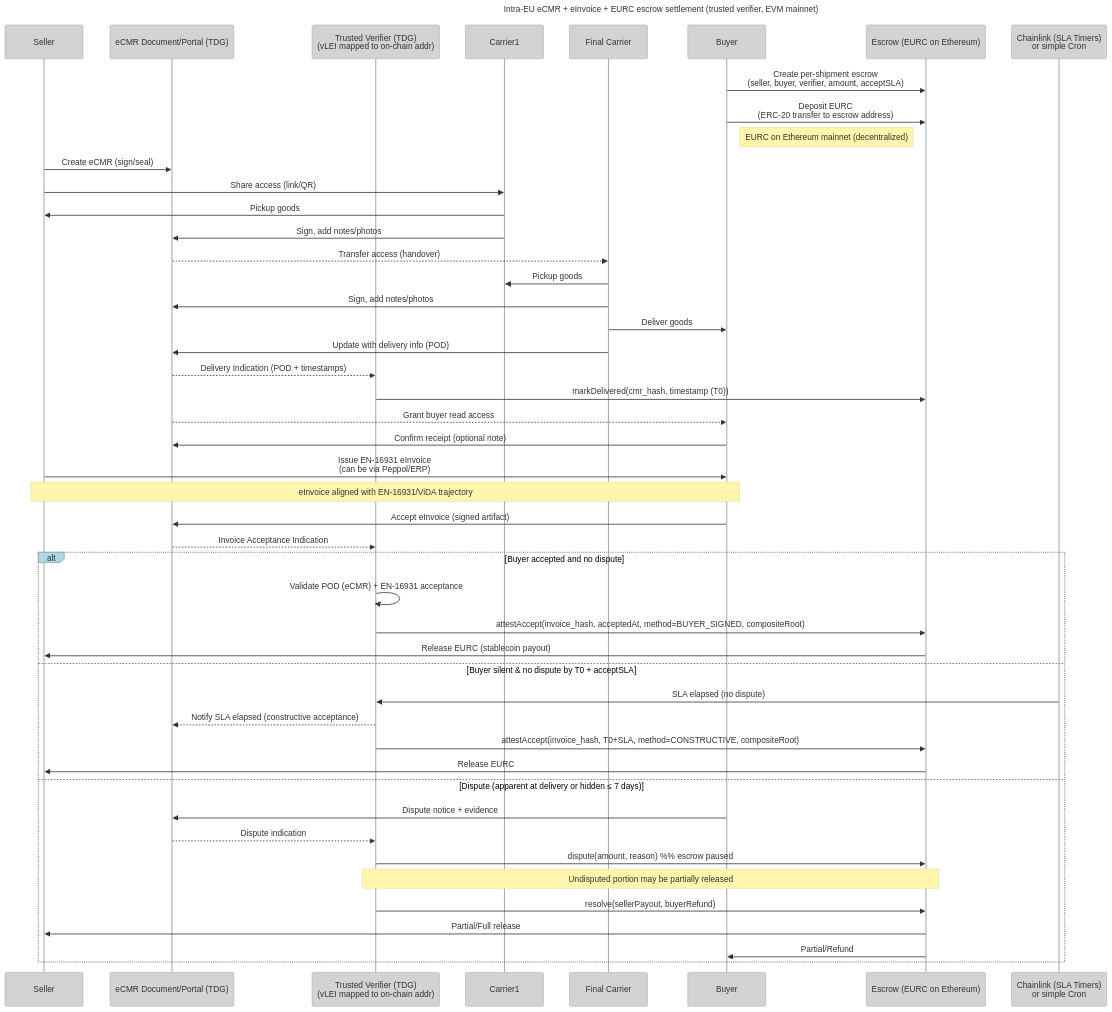
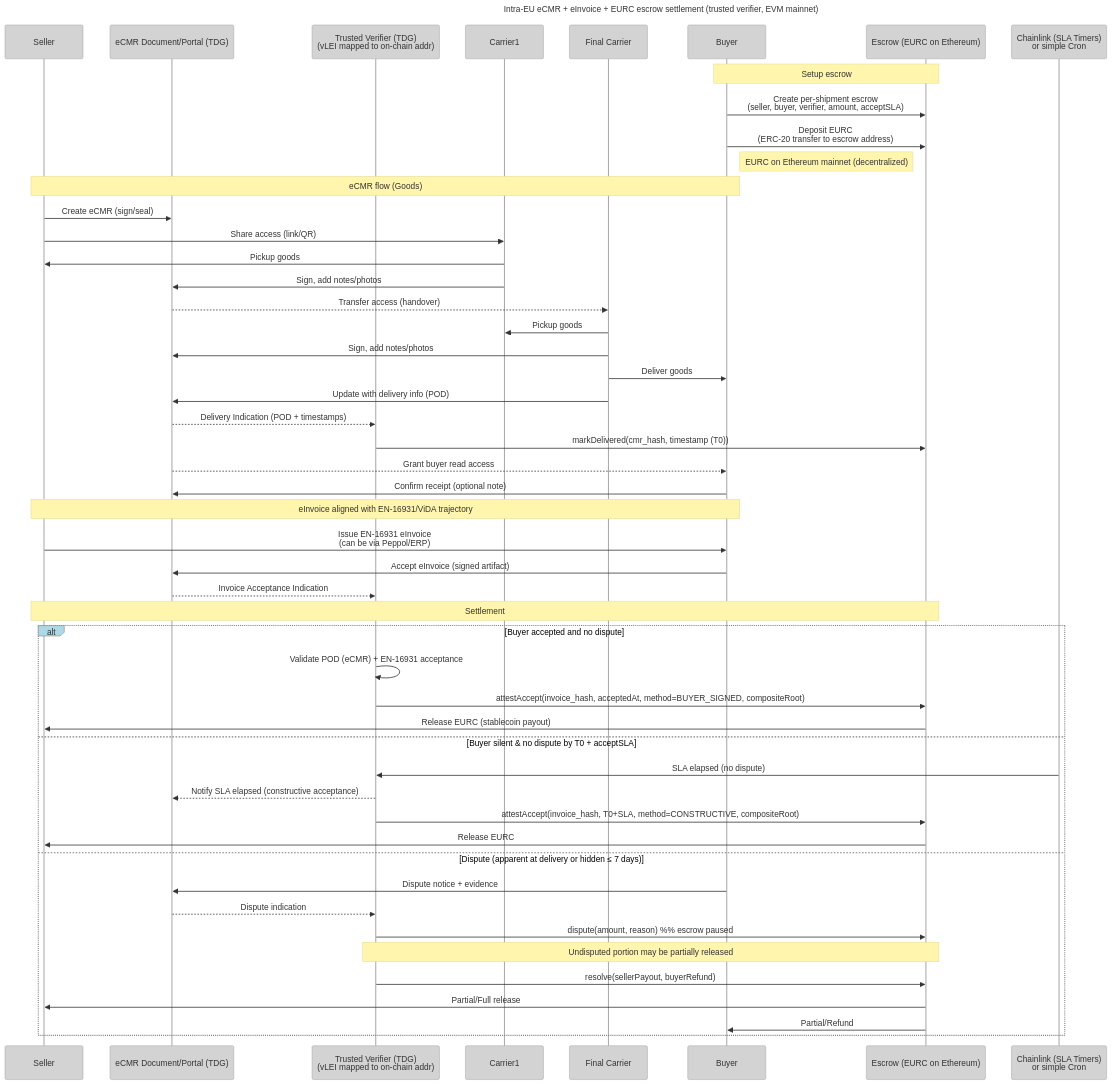
Before and after one commit to hadeanuk/tradeveris-usecases-iam: the diagram in Trade Flow Orchestration/eCMR + eInvoice + EURC escrow settlement.md, drawn with Mermaid.

Commit message:
Added extra notes

````diff
--- a/Trade Flow Orchestration/eCMR + eInvoice + EURC escrow settlement.md
+++ b/Trade Flow Orchestration/eCMR + eInvoice + EURC escrow settlement.md
@@ -1,77 +1,80 @@
 ```mermaid
 ---
 config:
   theme: base
   themeVariables:
     actorBkg: "lightgrey"
     actorBorder: "darkgrey"
     loopTextColor: "black"
     labelBoxBkgColor: "lightblue"
     labelBoxBorderColor: "grey"
 ---
 
 sequenceDiagram
     title Intra‑EU eCMR + eInvoice + EURC escrow settlement (trusted verifier, EVM mainnet)
 
     participant Seller
     participant eCMR as eCMR Document/Portal (TDG)
     participant Verifier as Trusted Verifier (TDG)<br>(vLEI mapped to on‑chain addr)
     participant Carrier1
     participant Carrier2 as Final Carrier
     participant Buyer
     participant Escrow as Escrow (EURC on Ethereum)
     participant Chainlink as Chainlink (SLA Timers)<br> or simple Cron
     
     %% Setup escrow
+    Note over Buyer, Escrow: Setup escrow
     Buyer->>Escrow: Create per‑shipment escrow<br>(seller, buyer, verifier, amount, acceptSLA)
     Buyer->>Escrow: Deposit EURC<br>(ERC‑20 transfer to escrow address)
     Note right of Buyer: EURC on Ethereum mainnet (decentralized)
 
     %% eCMR Flow (Goods)
+    Note over Seller, Buyer: eCMR flow (Goods)
     Seller->>eCMR: Create eCMR (sign/seal)
     Seller->>Carrier1: Share access (link/QR)
     Carrier1->>Seller: Pickup goods
     Carrier1->>eCMR: Sign, add notes/photos
     eCMR-->>Carrier2: Transfer access (handover)
     Carrier2->>Carrier1: Pickup goods
     Carrier2->>eCMR: Sign, add notes/photos
 
     %% Delivery at Buyer's Warehouse
     Carrier2->>Buyer: Deliver goods
     Carrier2->>eCMR: Update with delivery info (POD)
     eCMR-->>Verifier: Delivery Indication (POD + timestamps)
     Verifier->>Escrow: markDelivered(cmr_hash, timestamp (T0))
     eCMR-->>Buyer: Grant buyer read access
     Buyer->>eCMR: Confirm receipt (optional note)
 
     %% Commercial docs
+    Note over Seller,Buyer: eInvoice aligned with EN‑16931/ViDA trajectory
     Seller->>Buyer: Issue EN‑16931 eInvoice<br>(can be via Peppol/ERP)
-    Note over Seller,Buyer: eInvoice aligned with EN‑16931/ViDA trajectory
     Buyer->>eCMR: Accept eInvoice (signed artifact)
     eCMR-->>Verifier: Invoice Acceptance Indication
 
+    Note over Seller, Escrow: Settlement
     %% Exclusive branches (no fund release outside these):
     alt Buyer accepted and no dispute
         %% Acceptance signal (trusted verifier)
         Verifier->>Verifier: Validate POD (eCMR) + EN‑16931 acceptance
         Verifier->>Escrow: attestAccept(invoice_hash, acceptedAt, method=BUYER_SIGNED, compositeRoot)
         Escrow->>Seller: Release EURC (stablecoin payout)
     
     else Buyer silent & no dispute by T0 + acceptSLA
         %% Buyer silent / timeout
         Chainlink->>Verifier: SLA elapsed (no dispute)
         Verifier-->>eCMR: Notify SLA elapsed (constructive acceptance)
         Verifier->>Escrow: attestAccept(invoice_hash, T0+SLA, method=CONSTRUCTIVE, compositeRoot)
         Escrow->>Seller: Release EURC
     
     else Dispute (apparent at delivery or hidden ≤ 7 days)
         %% Partial/Non-Acceptance
         Buyer->>eCMR: Dispute notice + evidence
         eCMR-->>Verifier: Dispute indication
         Verifier->>Escrow: dispute(amount, reason)   %% escrow paused
         note over Verifier,Escrow: Undisputed portion may be partially released
         Verifier->>Escrow: resolve(sellerPayout, buyerRefund)
         Escrow->>Seller: Partial/Full release
         Escrow->>Buyer: Partial/Refund
     end
 ```
````
